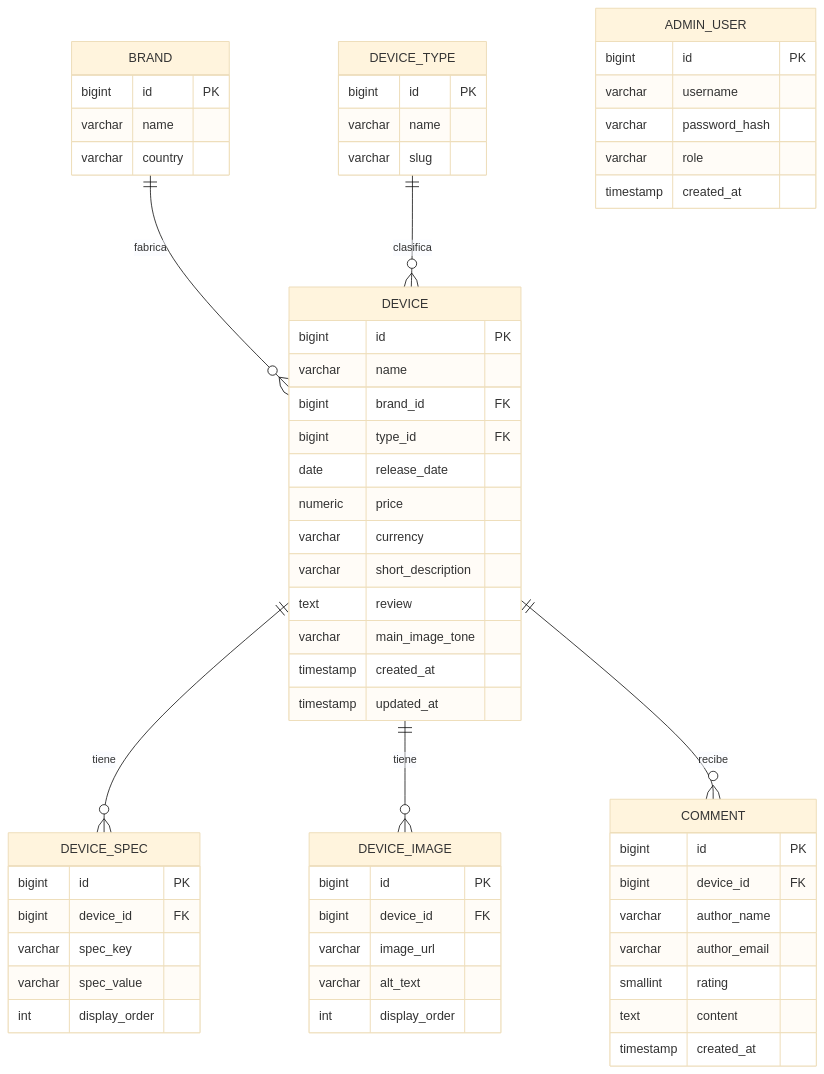
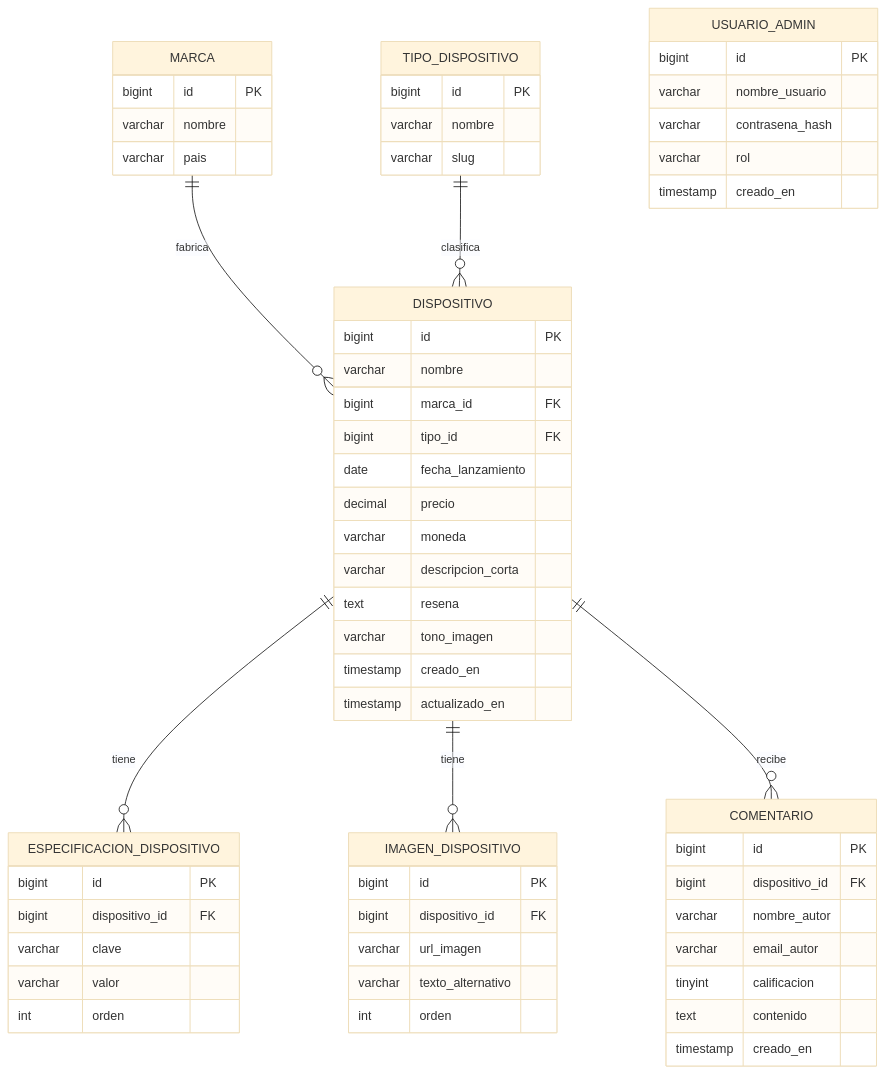
Before and after one commit to MiguelMunoz55/Proyecto_BackEnd_UCompensar: the diagram in docs/MODELO-ENTIDAD-RELACION.md, drawn with Mermaid (base theme). The commit also changed other lines of this file and 78 other files, not shown here.

````diff
--- a/docs/MODELO-ENTIDAD-RELACION.md
+++ b/docs/MODELO-ENTIDAD-RELACION.md
@@ -10,69 +13,69 @@
 ```mermaid
 erDiagram
-    BRAND ||--o{ DEVICE : fabrica
-    DEVICE_TYPE ||--o{ DEVICE : clasifica
-    DEVICE ||--o{ DEVICE_SPEC : tiene
-    DEVICE ||--o{ DEVICE_IMAGE : tiene
-    DEVICE ||--o{ COMMENT : recibe
+    MARCA ||--o{ DISPOSITIVO : fabrica
+    TIPO_DISPOSITIVO ||--o{ DISPOSITIVO : clasifica
+    DISPOSITIVO ||--o{ ESPECIFICACION_DISPOSITIVO : tiene
+    DISPOSITIVO ||--o{ IMAGEN_DISPOSITIVO : tiene
+    DISPOSITIVO ||--o{ COMENTARIO : recibe
 
-    BRAND {
+    MARCA {
         bigint id PK
-        varchar name
-        varchar country
+        varchar nombre
+        varchar pais
     }
 
-    DEVICE_TYPE {
+    TIPO_DISPOSITIVO {
         bigint id PK
-        varchar name
+        varchar nombre
         varchar slug
     }
 
-    DEVICE {
+    DISPOSITIVO {
         bigint id PK
-        varchar name
-        bigint brand_id FK
-        bigint type_id FK
-        date release_date
-        numeric price
-        varchar currency
-        varchar short_description
-        text review
-        varchar main_image_tone
-        timestamp created_at
-        timestamp updated_at
+        varchar nombre
+        bigint marca_id FK
+        bigint tipo_id FK
+        date fecha_lanzamiento
+        decimal precio
+        varchar moneda
+        varchar descripcion_corta
+        text resena
+        varchar tono_imagen
+        timestamp creado_en
+        timestamp actualizado_en
     }
 
-    DEVICE_SPEC {
+    ESPECIFICACION_DISPOSITIVO {
         bigint id PK
-        bigint device_id FK
-        varchar spec_key
-        varchar spec_value
-        int display_order
+        bigint dispositivo_id FK
+        varchar clave
+        varchar valor
+        int orden
     }
 
-    DEVICE_IMAGE {
+    IMAGEN_DISPOSITIVO {
         bigint id PK
-        bigint device_id FK
-        varchar image_url
-        varchar alt_text
-        int display_order
+        bigint dispositivo_id FK
+        varchar url_imagen
+        varchar texto_alternativo
+        int orden
     }
 
-    COMMENT {
+    COMENTARIO {
         bigint id PK
-        bigint device_id FK
-        varchar author_name
-        varchar author_email
-        smallint rating
-        text content
-        timestamp created_at
+        bigint dispositivo_id FK
+        varchar nombre_autor
+        varchar email_autor
+        tinyint calificacion
+        text contenido
+        timestamp creado_en
     }
 
-    ADMIN_USER {
+    USUARIO_ADMIN {
         bigint id PK
-        varchar username
-        varchar password_hash
-        varchar role
-        timestamp created_at
+        varchar nombre_usuario
+        varchar contrasena_hash
+        varchar rol
+        timestamp creado_en
     }
 ```
````
